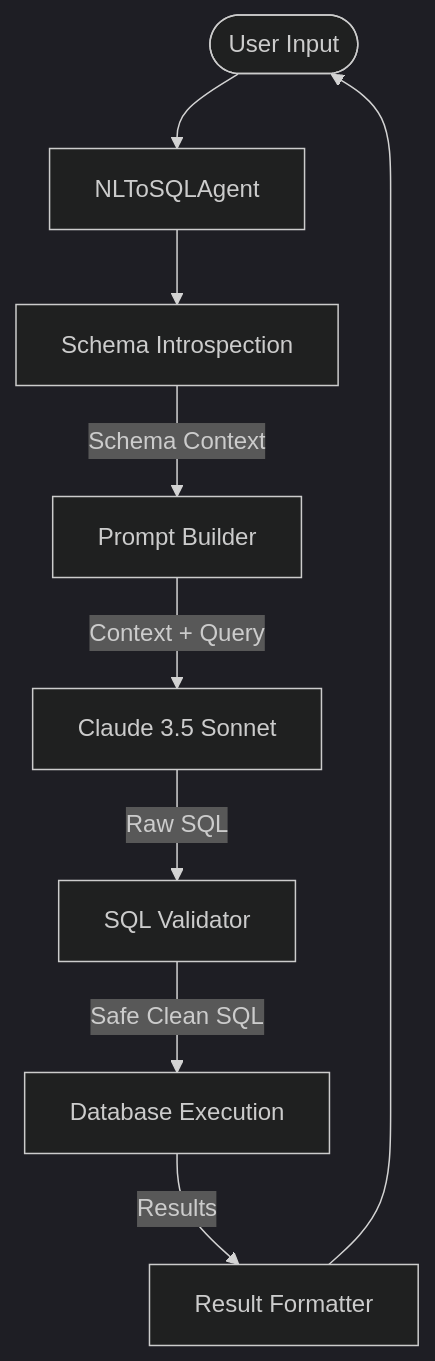
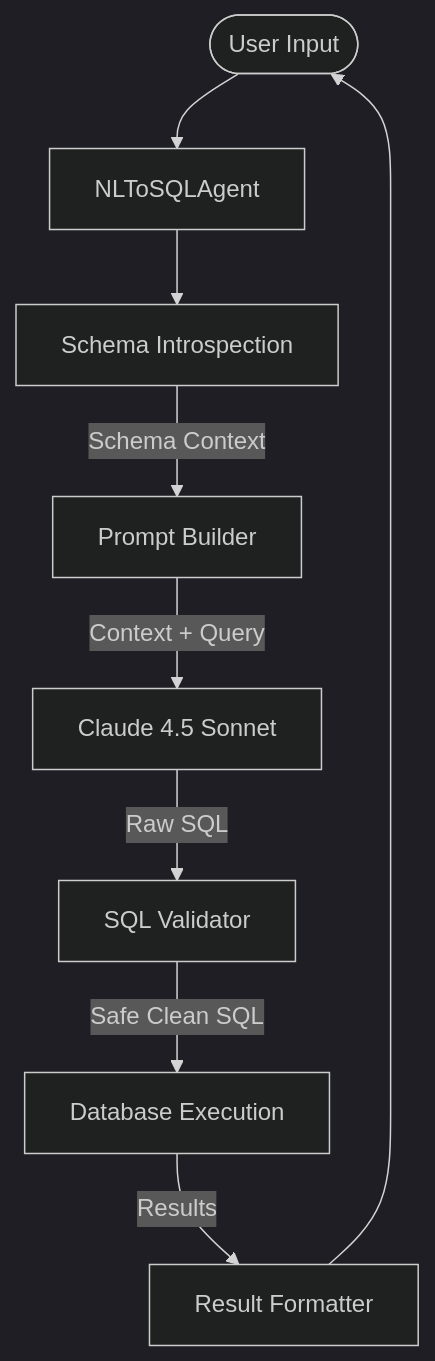
Before and after one commit to bondanherumurti-transfez/nl-to-sql-agent: the first of 2 diagrams in README.md, drawn with Mermaid (dark theme). The commit also changed other lines of this file and 1 other file, not shown here.

````diff
--- a/README.md
+++ b/README.md
@@ -18,11 +19,11 @@
 ```mermaid
 graph TD
     User([User Input]) --> Agent[NLToSQLAgent]
     Agent --> Schema[Schema Introspection]
     Schema -->|Schema Context| Prompt[Prompt Builder]
-    Prompt -->|Context + Query| LLM[Claude 3.5 Sonnet]
+    Prompt -->|Context + Query| LLM[Claude 4.5 Sonnet]
     LLM -->|Raw SQL| Validator[SQL Validator]
     Validator -->|Safe Clean SQL| Exec[Database Execution]
     Exec -->|Results| Formatter[Result Formatter]
     Formatter --> User
 ```
````
